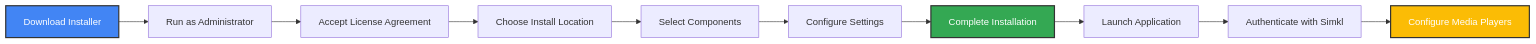
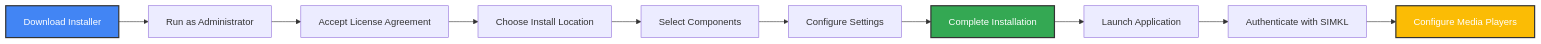
One commit to stewpan/Media-Player-Scrobbler-for-Simkl changed the first of 2 diagrams in docs/windows-guide.md. Above: the diagram before and after it, drawn with Mermaid. The commit also changed other lines of this file and 13 other files, not shown here.

````diff
--- a/docs/windows-guide.md
+++ b/docs/windows-guide.md
@@ -13,15 +11,15 @@
 ```mermaid
 flowchart LR
     A[Download Installer] --> B[Run as Administrator]
     B --> C[Accept License Agreement]
     C --> D[Choose Install Location]
     D --> E[Select Components]
     E --> F[Configure Settings]
     F --> G[Complete Installation]
     G --> H[Launch Application]
-    H --> I[Authenticate with Simkl]
+    H --> I[Authenticate with SIMKL]
     I --> J[Configure Media Players]
     style A fill:#4285f4,stroke:#333,stroke-width:2px,color:#fff
     style G fill:#34a853,stroke:#333,stroke-width:2px,color:#fff
     style J fill:#fbbc05,stroke:#333,stroke-width:2px,color:#fff
 ```
````
